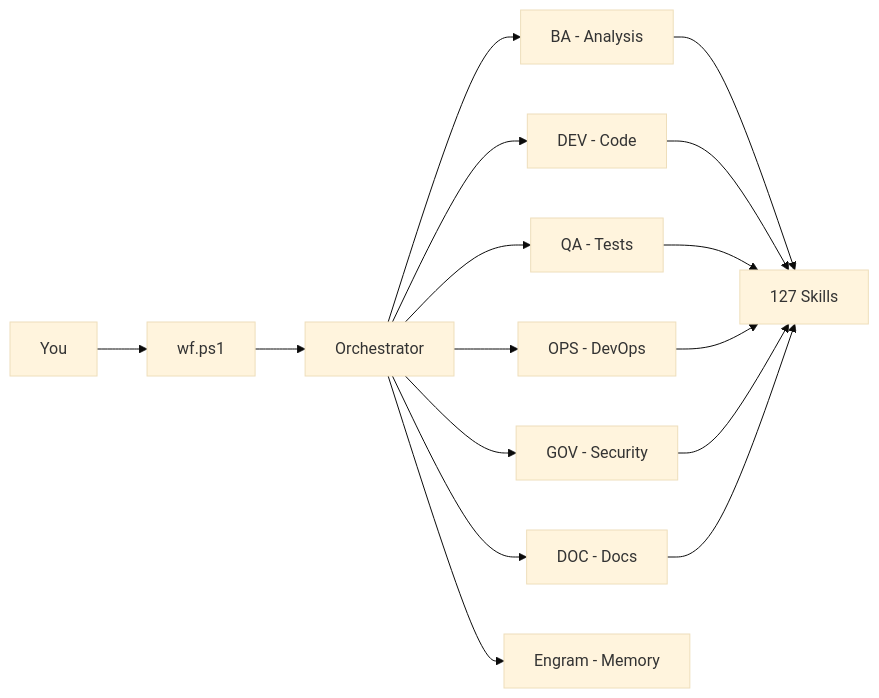
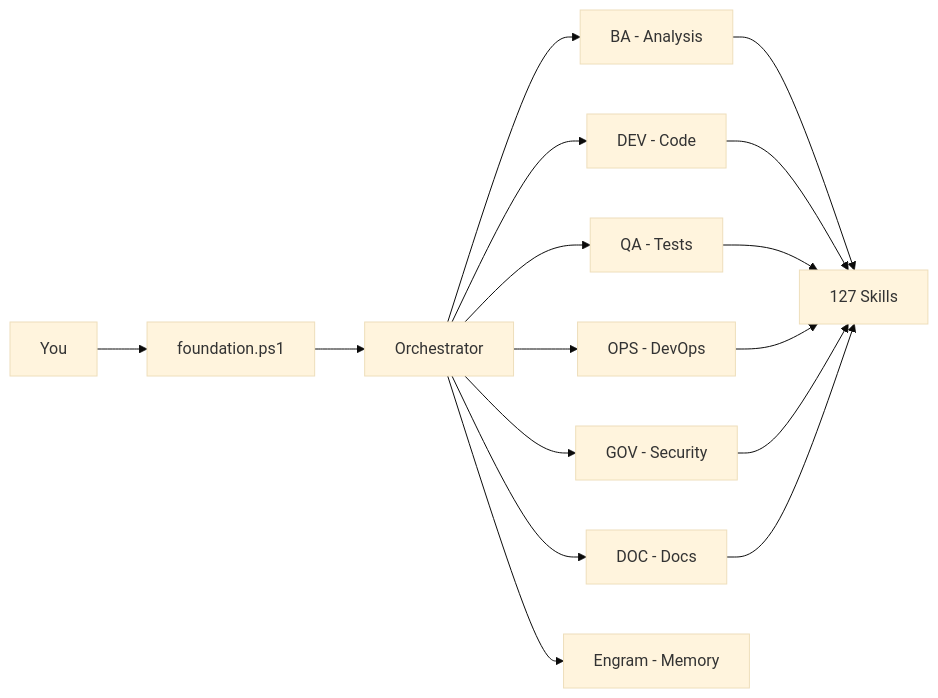
One commit to EmmanuelOrtiz87/gentle-vanguard changed the first of 3 diagrams in README.md. Above: the diagram before and after it, drawn with Mermaid (base theme). The commit also changed other lines of this file and 58 other files, not shown here.

````diff
--- a/README.md
+++ b/README.md
@@ -34,18 +34,18 @@
 ```mermaid
 flowchart LR
-    YOU[You] --> WF[wf.ps1]
+    YOU[You] --> WF[foundation.ps1]
     WF --> ORC[Orchestrator]
     ORC --> BA[BA - Analysis]
     ORC --> DEV[DEV - Code]
     ORC --> QA[QA - Tests]
     ORC --> OPS[OPS - DevOps]
     ORC --> GOV[GOV - Security]
     ORC --> DOC[DOC - Docs]
     ORC --> MEM[Engram - Memory]
     BA --> SKILLS[127 Skills]
     DEV --> SKILLS
     QA --> SKILLS
     OPS --> SKILLS
     GOV --> SKILLS
     DOC --> SKILLS
 ```
````
